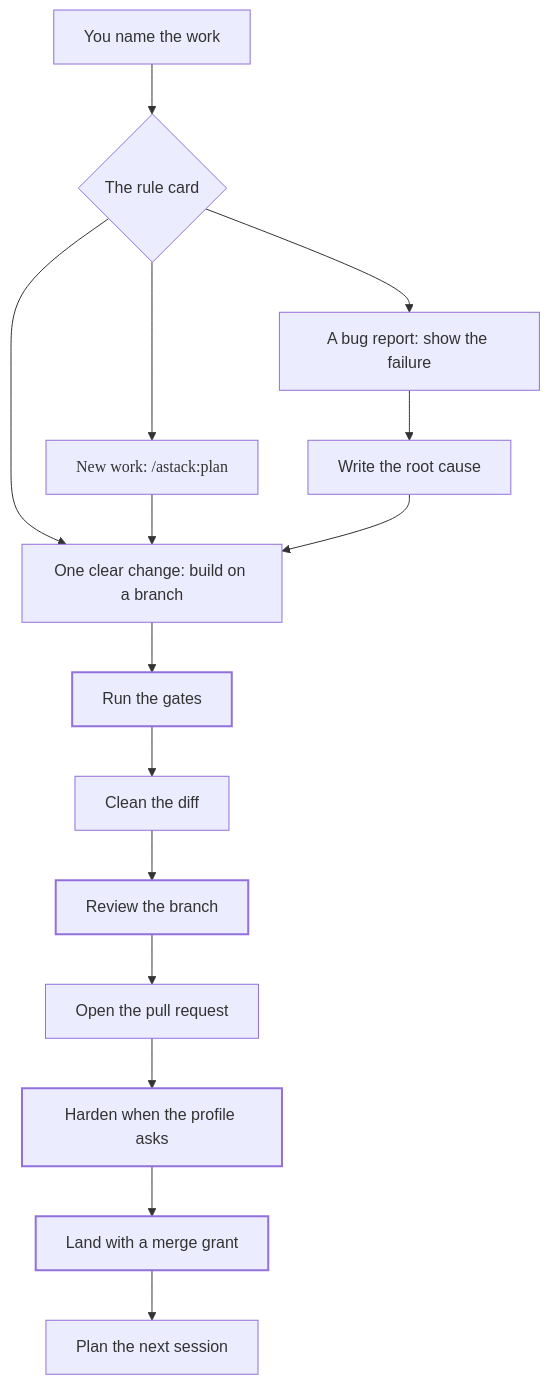
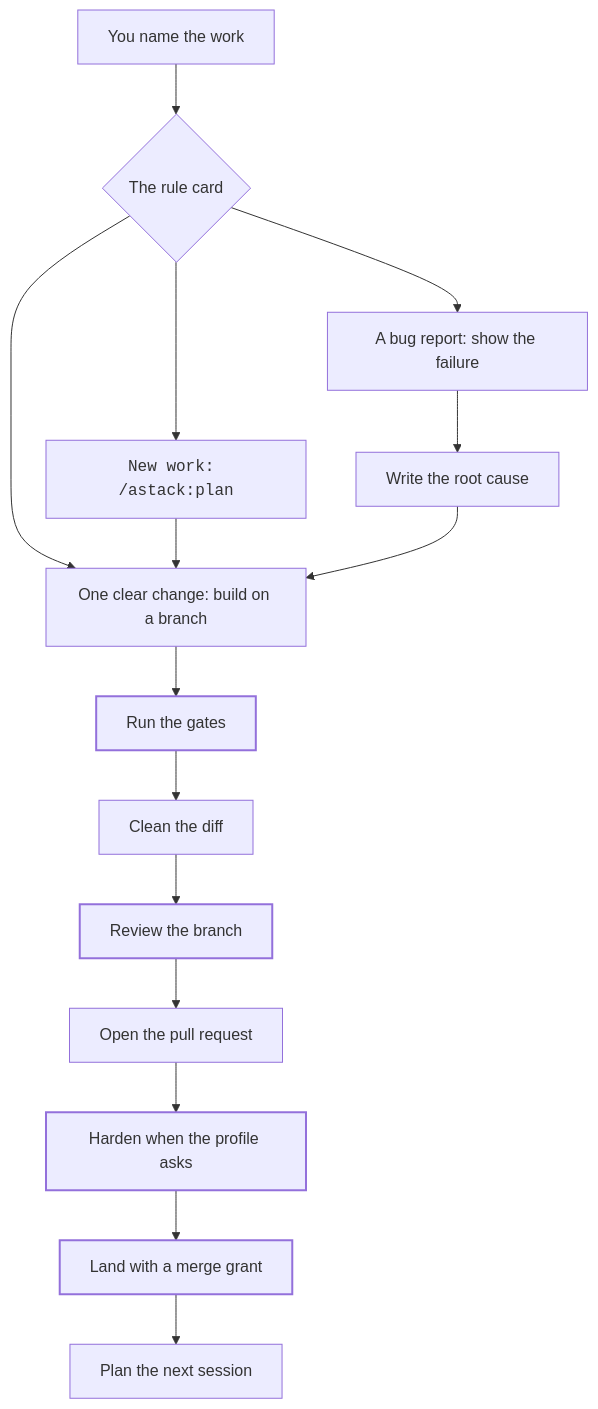
One commit to vahaah/astack changed the first of 2 diagrams in README.md. Above: the diagram before and after it, drawn with Mermaid. The commit also changed other lines of this file and 8 other files, not shown here.

Commit message:
docs: sync chart sources with README, add chart drift check, restore companion docs and rules

````diff
--- a/README.md
+++ b/README.md
@@ -67,21 +67,21 @@
 ```mermaid
 flowchart TD
   name[You name the work] --> pick{The rule card}
   pick --> plan["New work: /astack:plan"]
   pick --> build[One clear change: build on a branch]
   pick --> bug[A bug report: show the failure]
   plan --> build
   bug --> cause[Write the root cause]
   cause --> build
   build --> gates[Run the gates]
   gates --> clean[Clean the diff]
   clean --> review[Review the branch]
   review --> openPr[Open the pull request]
   openPr --> harden[Harden when the profile asks]
   harden --> land[Land with a merge grant]
   land --> next[Plan the next session]
-  classDef cmd font-family:ui-monospace,SFMono-Regular,monospace
+  classDef cmd font-family:monospace
   classDef gate stroke-width:2px
   class plan cmd
   class gates,review,harden,land gate
 ```
````
